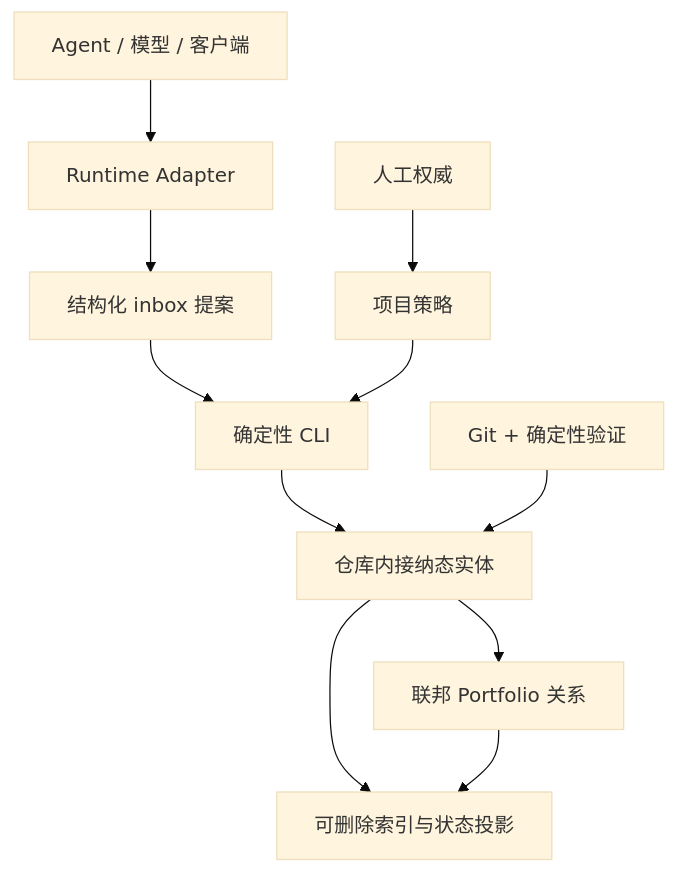
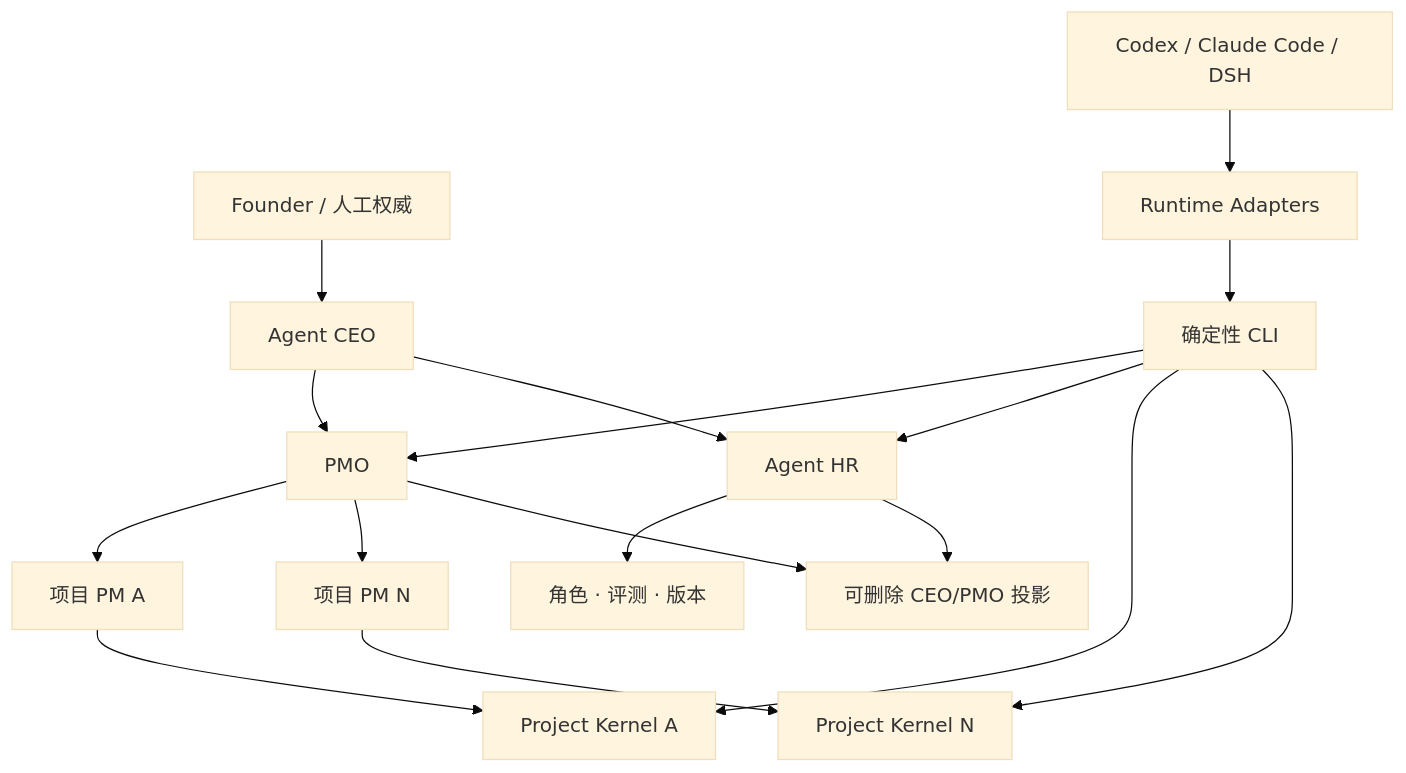
Before and after one commit to Jinchengawu/Agent-Project-OS: the diagram in docs/ARCHITECTURE.zh-CN.md, drawn with Mermaid (base theme). The commit also changed other lines of this file and 120 other files, not shown here.

Commit message:
feat: complete Agent Project OS v0.4.0a1

````diff
--- a/docs/ARCHITECTURE.zh-CN.md
+++ b/docs/ARCHITECTURE.zh-CN.md
@@ -9,13 +9,19 @@
 ```mermaid
 flowchart TB
-  H["人工权威"] --> P["项目策略"]
-  A["Agent / 模型 / 客户端"] --> D["Runtime Adapter"]
-  D --> I["结构化 inbox 提案"]
-  I --> C["确定性 CLI"]
-  P --> C
-  C --> E["仓库内接纳态实体"]
-  G["Git + 确定性验证"] --> E
-  E --> X["可删除索引与状态投影"]
-  E --> F["联邦 Portfolio 关系"]
-  F --> X
+  F["Founder / 人工权威"] --> CEO["Agent CEO"]
+  CEO --> PMO["PMO"]
+  PMO --> P1["项目 PM A"]
+  PMO --> PN["项目 PM N"]
+  P1 --> K1["Project Kernel A"]
+  PN --> KN["Project Kernel N"]
+  CEO --> HR["Agent HR"]
+  HR --> W["角色 · 评测 · 版本"]
+  C["确定性 CLI"] --> PMO
+  C --> HR
+  C --> K1
+  C --> KN
+  A["Codex / Claude Code / DSH"] --> D["Runtime Adapters"]
+  D --> C
+  PMO --> X["可删除 CEO/PMO 投影"]
+  HR --> X
 ```
````
